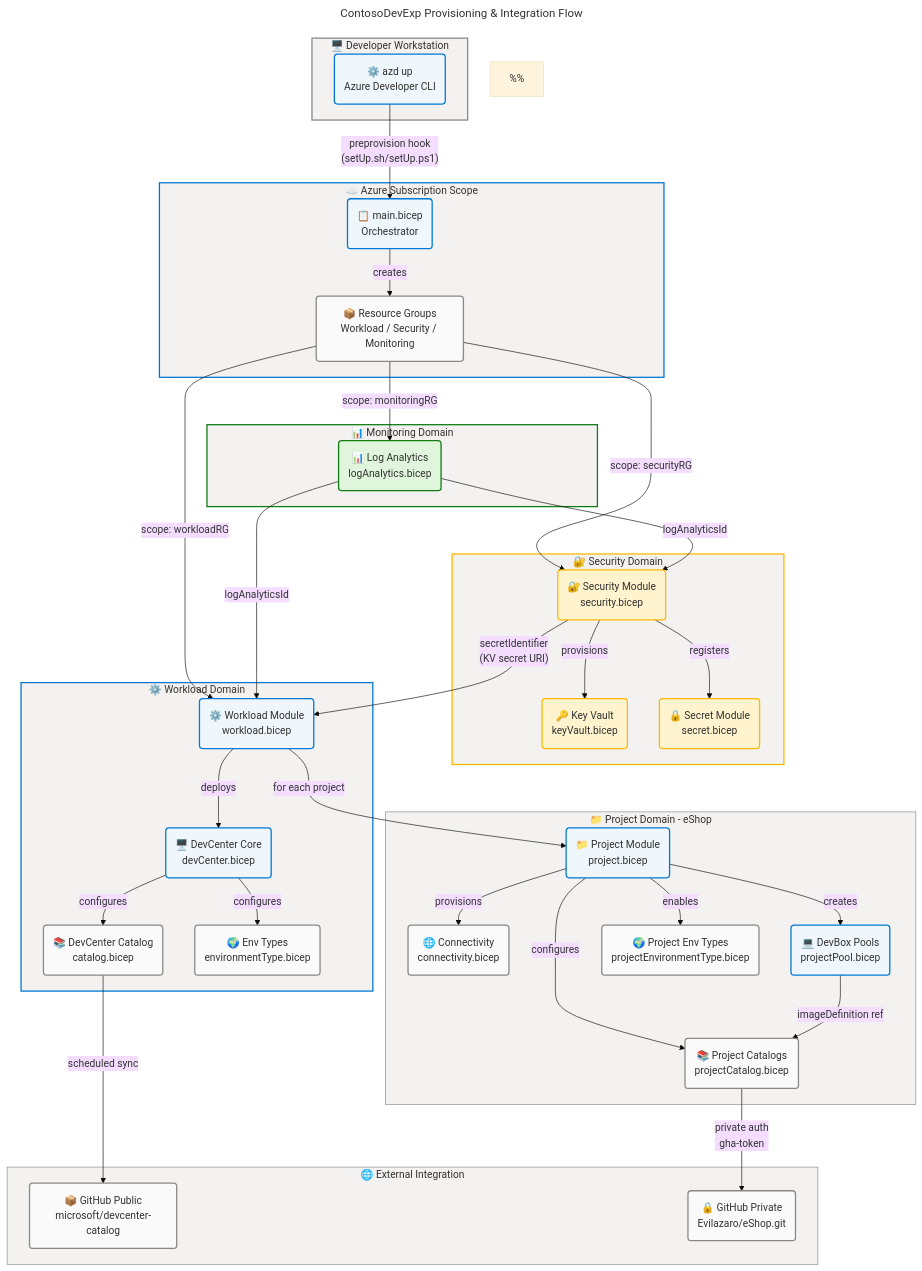
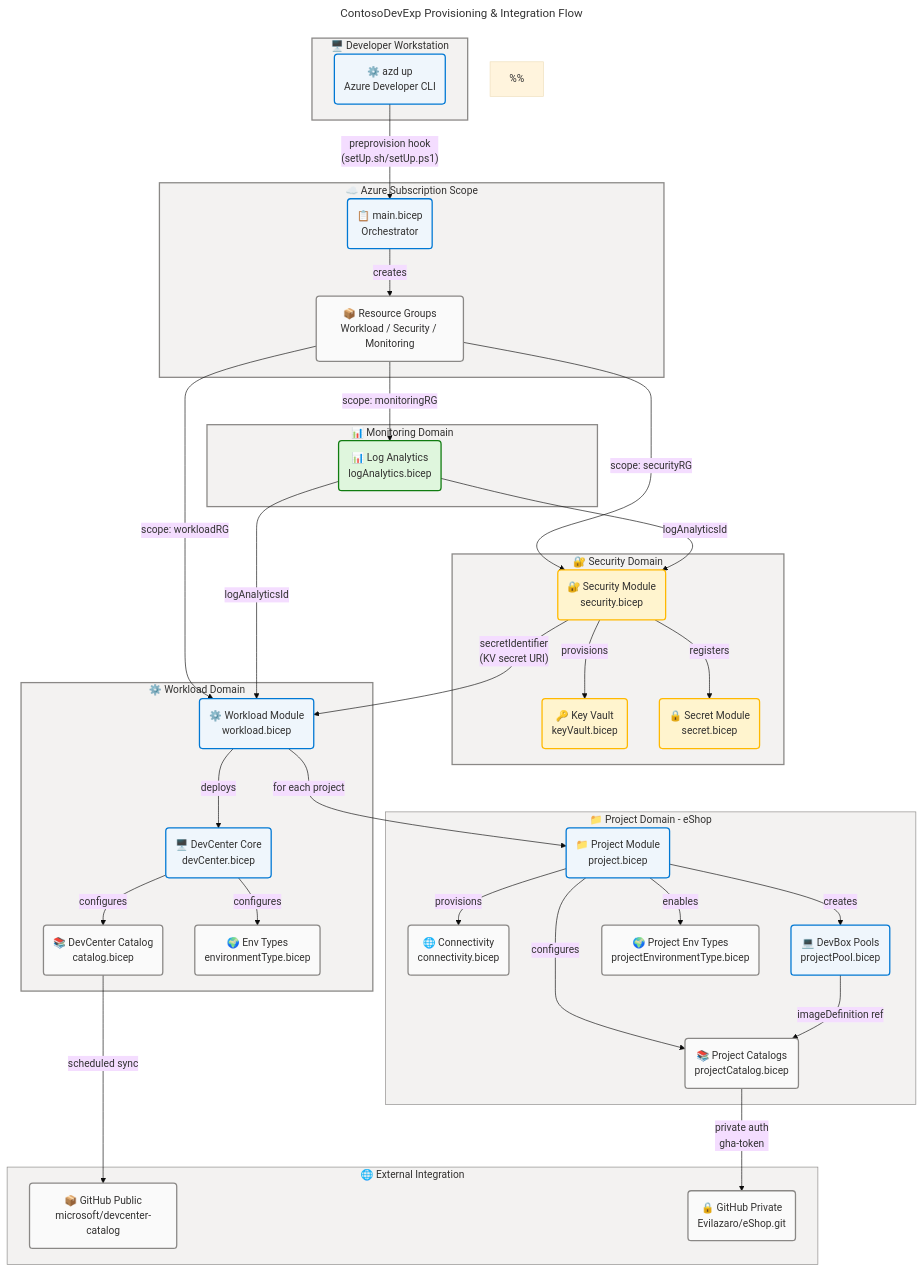
The third of 3 diagrams in docs/architecture/tech-arch.md (Evilazaro/DevExp-DevBox), drawn with Mermaid before and after one commit. The commit also changed other lines of this file and 3 other files, not shown here.

Commit message:
Refactor resource tables in tech-arch.md for improved readability and consistency; update color styles in flowcharts for better visual coherence.

````diff
--- a/docs/architecture/tech-arch.md
+++ b/docs/architecture/tech-arch.md
@@ -856,10 +856,10 @@
     classDef success fill:#DFF6DD,stroke:#107C10,stroke-width:2px,color:#323130
 
     style devWorkstation fill:#F3F2F1,stroke:#8A8886,stroke-width:2px,color:#323130
-    style subscriptionScope fill:#F3F2F1,stroke:#0078D4,stroke-width:2px,color:#323130
-    style monitoringDomain fill:#F3F2F1,stroke:#107C10,stroke-width:2px,color:#323130
-    style securityDomain fill:#F3F2F1,stroke:#FFB900,stroke-width:2px,color:#323130
-    style workloadDomain fill:#F3F2F1,stroke:#0078D4,stroke-width:2px,color:#323130
+    style subscriptionScope fill:#F3F2F1,stroke:#8A8886,stroke-width:2px,color:#323130
+    style monitoringDomain fill:#F3F2F1,stroke:#8A8886,stroke-width:2px,color:#323130
+    style securityDomain fill:#F3F2F1,stroke:#8A8886,stroke-width:2px,color:#323130
+    style workloadDomain fill:#F3F2F1,stroke:#8A8886,stroke-width:2px,color:#323130
     style projectDomain fill:#F3F2F1,stroke:#8A8886,stroke-width:1px,color:#323130
     style external fill:#F3F2F1,stroke:#8A8886,stroke-width:1px,color:#323130
 ```
````
